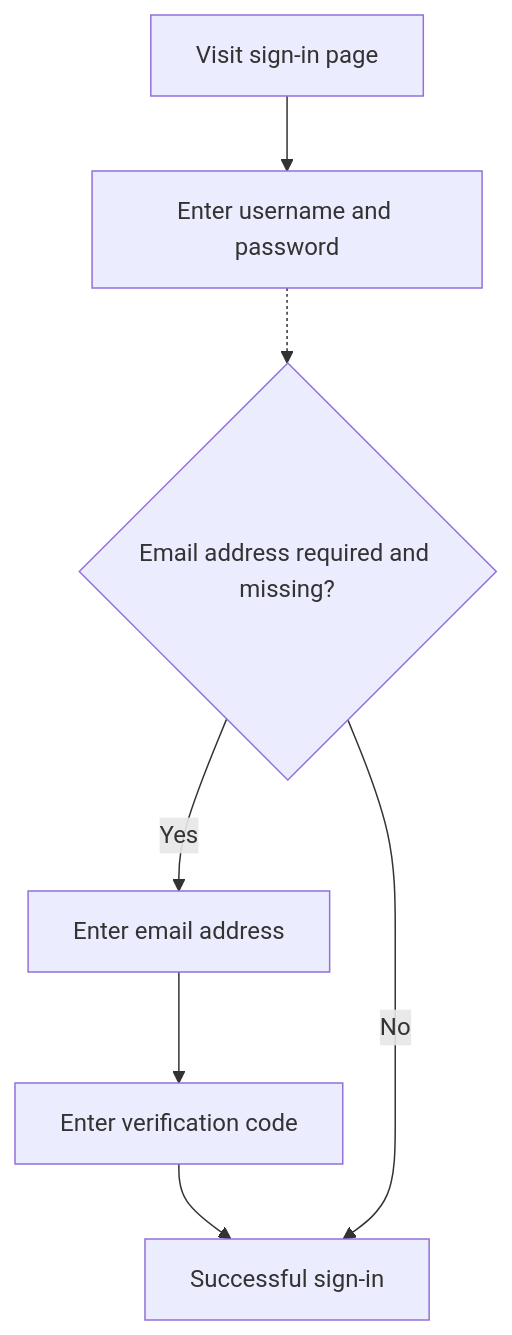
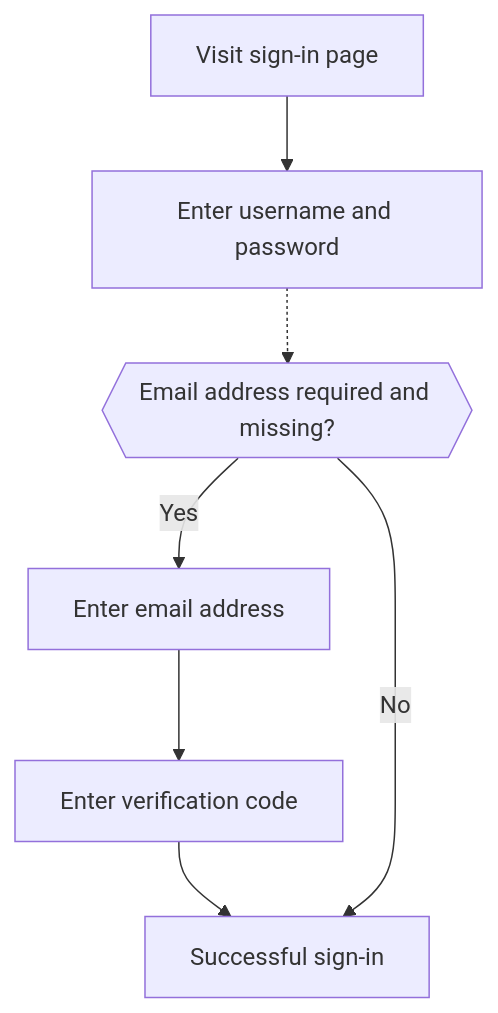
One commit to logto-io/docs changed the diagram in docs/end-user-flows/sign-up-and-sign-in/sign-in.mdx. Above: the diagram before and after it, drawn with Mermaid. The commit also changed 3 other files, not shown here.

First line of the commit message:
fix: update the mermaid flowchart

````diff
--- a/docs/end-user-flows/sign-up-and-sign-in/sign-in.mdx
+++ b/docs/end-user-flows/sign-up-and-sign-in/sign-in.mdx
@@ -79,9 +79,9 @@
 ```mermaid
 flowchart TD
     A[Visit sign-in page] --> B[Enter username and password]
-    B -.-> C{Email address required and missing?}
+    B -.-> C{{Email address required and missing?}}
     C -->|Yes| D[Enter email address]
     D --> E[Enter verification code]
     E --> F[Successful sign-in]
     C --> |No| F
 ```
````
